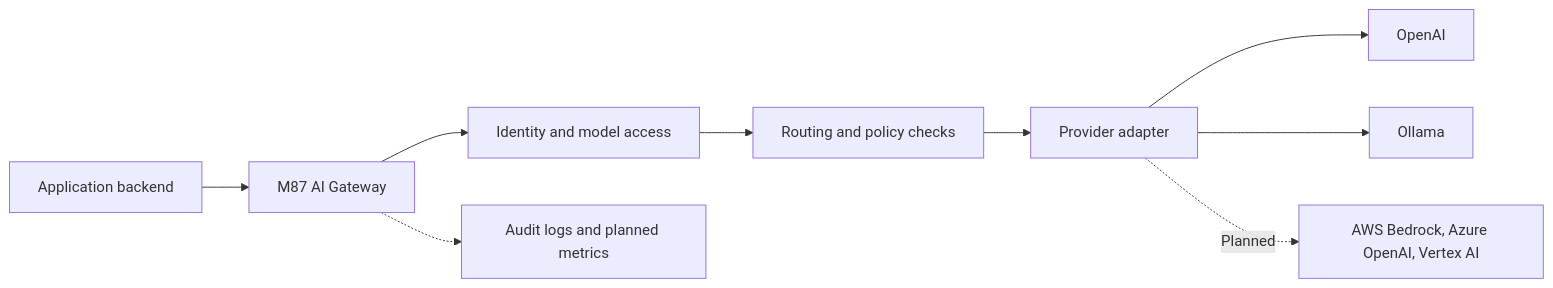
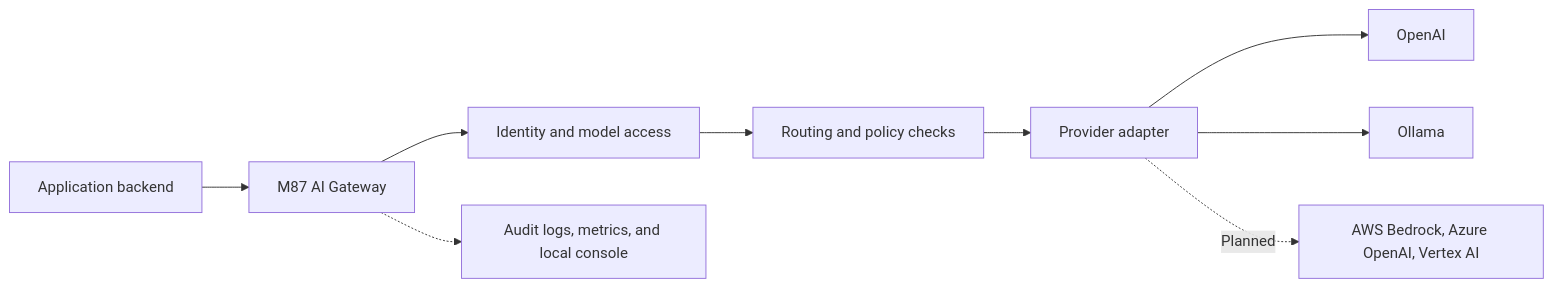
The diagram in README.md (m87techlabs/m87-ai-gateway), drawn with Mermaid before and after one commit. The commit also changed other lines of this file and 40 other files, not shown here.

Commit message:
feat: add local gateway control plane

````diff
--- a/README.md
+++ b/README.md
@@ -15,11 +15,11 @@
 ```mermaid
 flowchart LR
     App[Application backend] --> Gateway[M87 AI Gateway]
     Gateway --> Auth[Identity and model access]
     Auth --> Policy[Routing and policy checks]
     Policy --> Adapter[Provider adapter]
     Adapter --> OpenAI[OpenAI]
     Adapter --> Ollama[Ollama]
     Adapter -. Planned .-> Cloud[AWS Bedrock, Azure OpenAI, Vertex AI]
-    Gateway -.-> Logs[Audit logs and planned metrics]
+    Gateway -.-> Logs[Audit logs, metrics, and local console]
 ```
````
